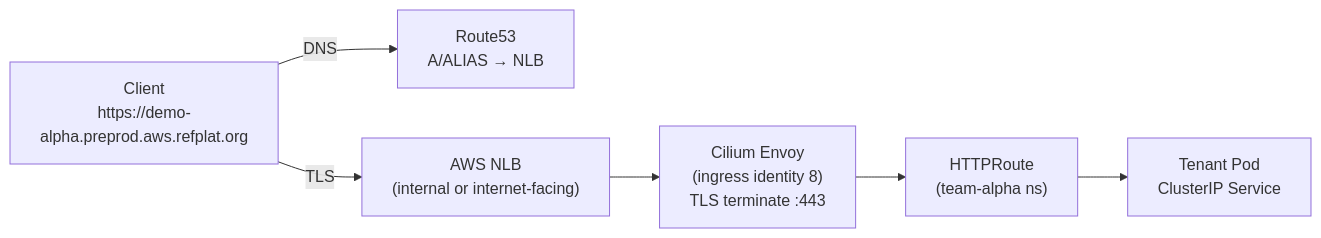
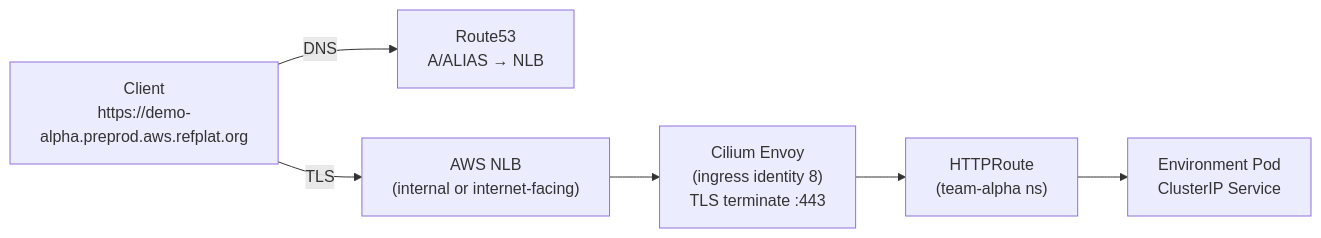
The diagram in docs/architecture/gateway-and-ingress.md (asanexample/platform), drawn with Mermaid before and after one commit. The commit also changed other lines of this file and 68 other files, not shown here.

First line of the commit message:
docs: rename the tenant noun → environment in current docs + scaffolder (ADR-067)

````diff
--- a/docs/architecture/gateway-and-ingress.md
+++ b/docs/architecture/gateway-and-ingress.md
@@ -15,12 +15,12 @@
 ```mermaid
 flowchart LR
     Client["Client<br/>https://demo-alpha.preprod.aws.refplat.org"]
     R53["Route53<br/>A/ALIAS → NLB"]
     NLB["AWS NLB<br/>(internal or internet-facing)"]
     Envoy["Cilium Envoy<br/>(ingress identity 8)<br/>TLS terminate :443"]
     Route["HTTPRoute<br/>(team-alpha ns)"]
-    Pod["Tenant Pod<br/>ClusterIP Service"]
+    Pod["Environment Pod<br/>ClusterIP Service"]
 
     Client -->|DNS| R53
     Client -->|TLS| NLB --> Envoy --> Route --> Pod
 ```
````
